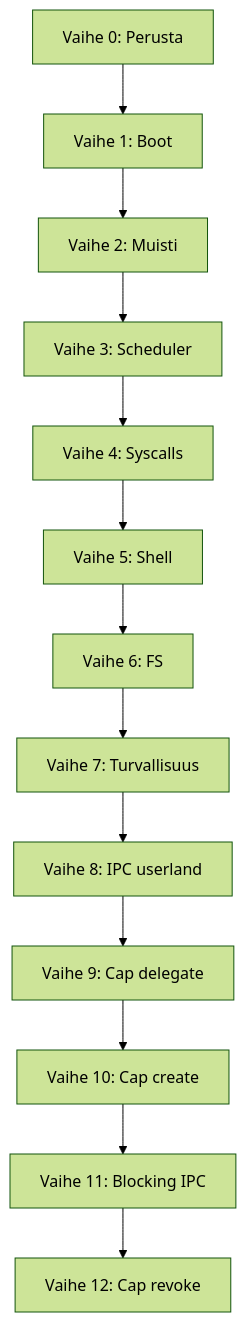
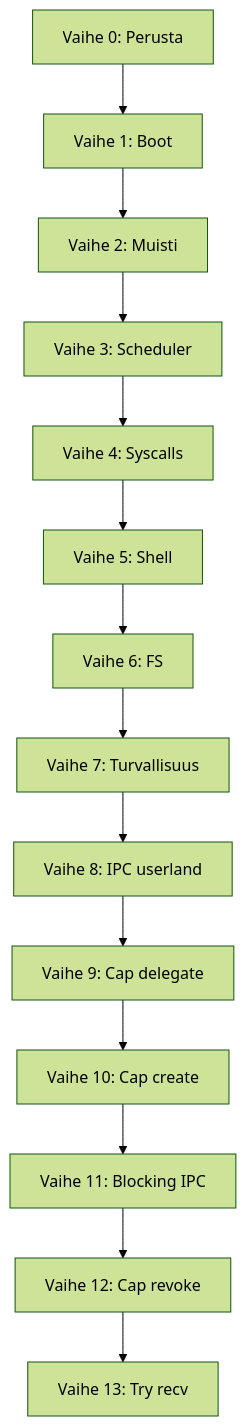
One commit to Mikko-Huuskonen-Pro/Zinux changed the diagram in docs/ROADMAP.md. Above: the diagram before and after it, drawn with Mermaid (forest theme). The commit also changed other lines of this file and 14 other files, not shown here.

First line of the commit message:
Phase 13: non-blocking IPC try recv syscall

````diff
--- a/docs/ROADMAP.md
+++ b/docs/ROADMAP.md
@@ -231,15 +248,16 @@
 ```mermaid
 graph TD
     V0[Vaihe 0: Perusta] --> V1[Vaihe 1: Boot]
     V1 --> V2[Vaihe 2: Muisti]
     V2 --> V3[Vaihe 3: Scheduler]
     V3 --> V4[Vaihe 4: Syscalls]
     V4 --> V5[Vaihe 5: Shell]
     V5 --> V6[Vaihe 6: FS]
     V6 --> V7[Vaihe 7: Turvallisuus]
     V7 --> V8[Vaihe 8: IPC userland]
     V8 --> V9[Vaihe 9: Cap delegate]
     V9 --> V10[Vaihe 10: Cap create]
     V10 --> V11[Vaihe 11: Blocking IPC]
     V11 --> V12[Vaihe 12: Cap revoke]
+    V12 --> V13[Vaihe 13: Try recv]
 ```
````
